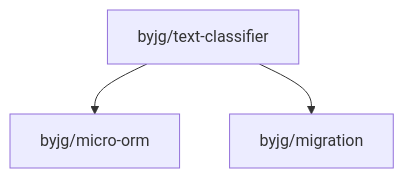
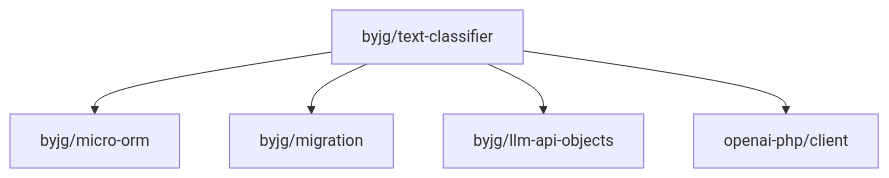
Before and after one commit to byjg/php-text-classifier: the diagram in README.md, drawn with Mermaid. The commit also changed other lines of this file and 4 other files, not shown here.

Commit message:
Remove LLM-assisted binary and NaiveBayes classifiers, update BinaryClassifier and NaiveBayes to handle LLM escalation directly. Replace old tests and references accordingly.

````diff
--- a/README.md
+++ b/README.md
@@ -84,5 +90,7 @@
 ```mermaid
 flowchart TD
     byjg/text-classifier --> byjg/micro-orm
     byjg/text-classifier --> byjg/migration
+    byjg/text-classifier --> byjg/llm-api-objects
+    byjg/text-classifier --> openai-php/client
 ```
````
